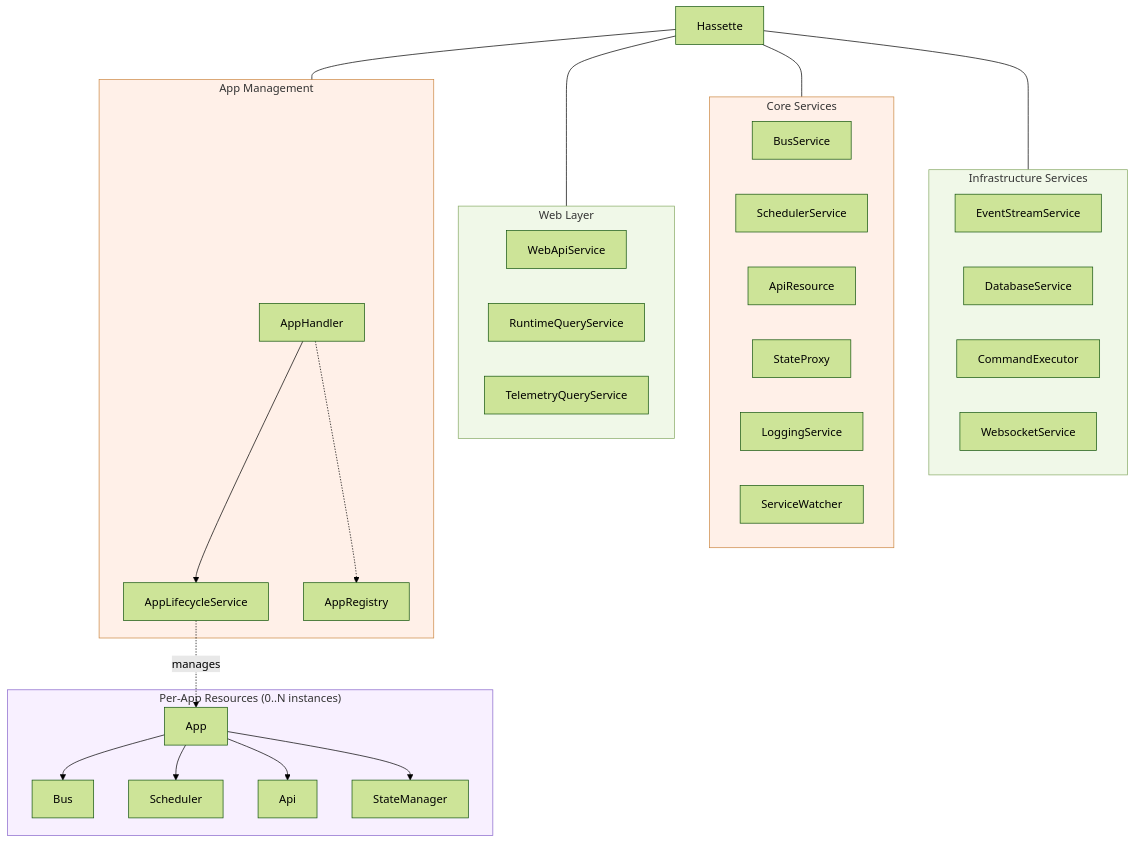
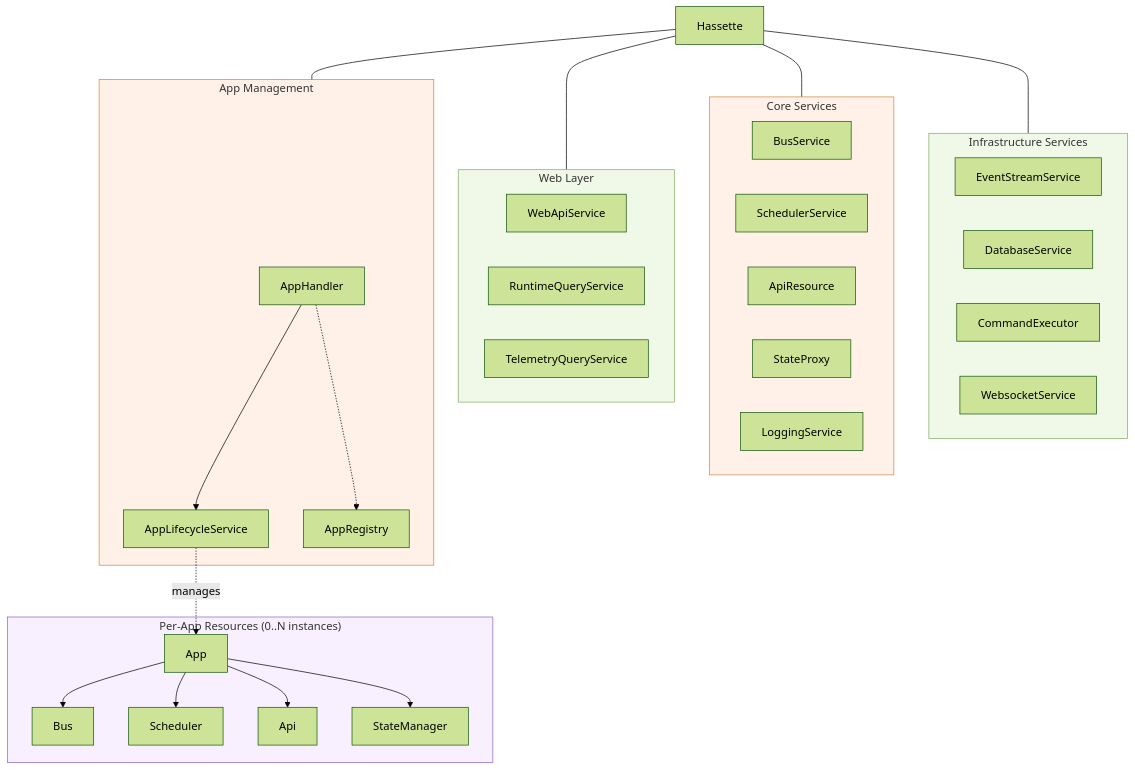
The third of 3 diagrams in docs/pages/core-concepts/internals/index.md (NodeJSmith/hassette), drawn with Mermaid (forest theme) before and after one commit. The commit also changed other lines of this file and 145 other files, not shown here.

````diff
--- a/docs/pages/core-concepts/internals/index.md
+++ b/docs/pages/core-concepts/internals/index.md
@@ -163,59 +161,58 @@
 ```mermaid
 graph TD
     accTitle: Component Ownership Tree
     accDescr: Parent-child resource hierarchy from Hassette root to per-app handles
 
     Hassette
 
     subgraph infra["Infrastructure Services"]
         EventStreamService
         DatabaseService
         CommandExecutor
         WebsocketService
     end
 
     subgraph core["Core Services"]
         BusService
         SchedulerService
         ApiResource
         StateProxy
         LoggingService
-        ServiceWatcher
     end
 
     subgraph web["Web Layer"]
         WebApiService
         RuntimeQueryService
         TelemetryQueryService
     end
 
     subgraph apps["App Management"]
         AppHandler
         AppLifecycleService
         AppRegistry
     end
 
     Hassette --- infra
     Hassette --- core
     Hassette --- web
     Hassette --- apps
 
     AppHandler --> AppLifecycleService
     AppHandler -.-> AppRegistry
 
     subgraph perapp["Per-App Resources (0..N instances)"]
         App
         App --> Bus
         App --> Scheduler
         App --> Api
         App --> StateManager
     end
 
     AppLifecycleService -. manages .-> App
 
     style infra fill:#f0f8e8,stroke:#88aa66
     style core fill:#fff0e8,stroke:#cc8844
     style web fill:#f0f8e8,stroke:#88aa66
     style apps fill:#fff0e8,stroke:#cc8844
     style perapp fill:#f8f0ff,stroke:#8866cc
 ```
````
